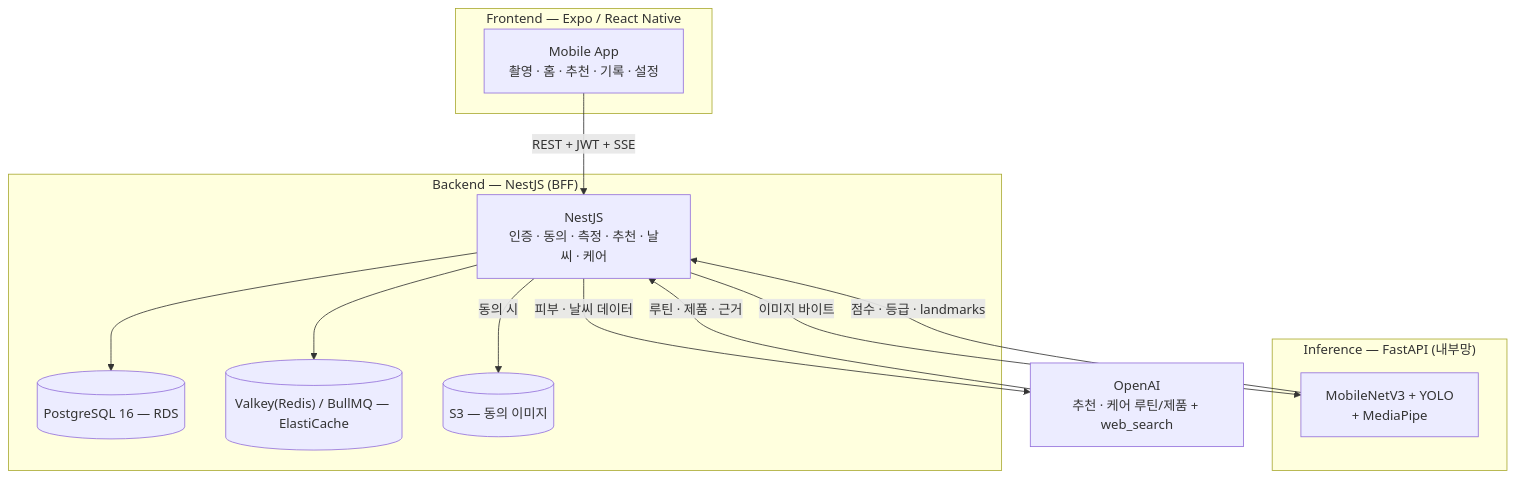
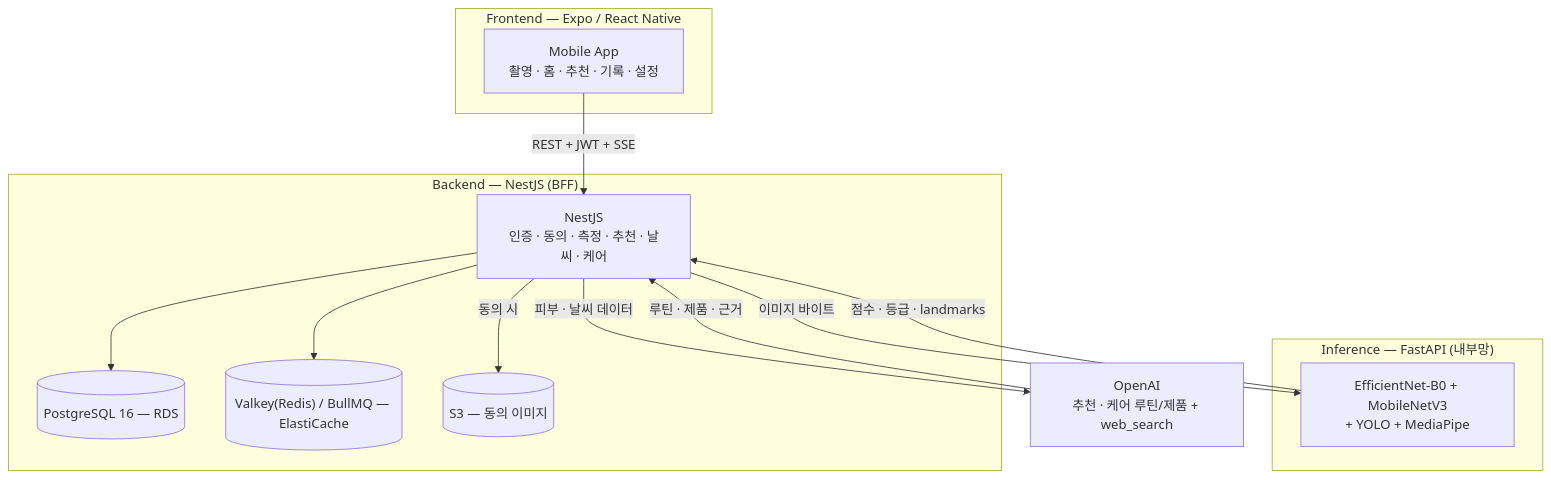
Before and after one commit to jae-ho93/Todayskin: the diagram in README.md, drawn with Mermaid. The commit also changed other lines of this file, not shown here.

````diff
--- a/README.md
+++ b/README.md
@@ -182,24 +182,24 @@
 ```mermaid
 flowchart TB
   subgraph Client["Frontend — Expo / React Native"]
     APP["Mobile App<br/>촬영 · 홈 · 추천 · 기록 · 설정"]
   end
   subgraph Server["Backend — NestJS (BFF)"]
     API["NestJS<br/>인증 · 동의 · 측정 · 추천 · 날씨 · 케어"]
     PG[("PostgreSQL 16 — RDS")]
     REDIS[("Valkey(Redis) / BullMQ — ElastiCache")]
     S3[("S3 — 동의 이미지")]
   end
   subgraph AI["Inference — FastAPI (내부망)"]
-    INF["MobileNetV3 + YOLO<br/>+ MediaPipe"]
+    INF["EfficientNet-B0 + MobileNetV3<br/>+ YOLO + MediaPipe"]
   end
   OPENAI["OpenAI<br/>추천 · 케어 루틴/제품 + web_search"]
   APP -->|REST + JWT + SSE| API
   API --> PG
   API --> REDIS
   API -->|동의 시| S3
   API -->|이미지 바이트| INF
   INF -->|점수 · 등급 · landmarks| API
   API -->|피부 · 날씨 데이터| OPENAI
   OPENAI -->|루틴 · 제품 · 근거| API
 ```
````
